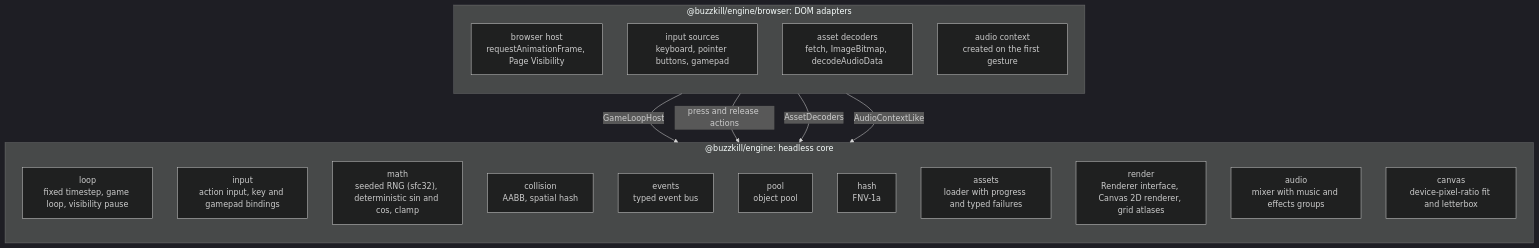
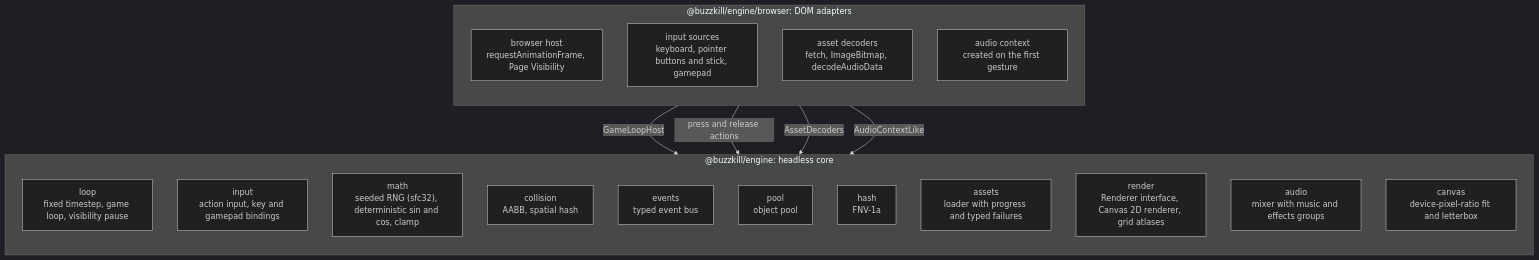
The third of 6 diagrams in docs/architecture.md (nazimajumaniyazova/buzzkill), drawn with Mermaid (dark theme) before and after one commit. The commit also changed other lines of this file and 21 other files, not shown here.

````diff
--- a/docs/architecture.md
+++ b/docs/architecture.md
@@ -111,30 +111,30 @@
 ```mermaid
 flowchart TB
   subgraph core["@buzzkill/engine: headless core"]
     direction TB
     loop["loop<br/>fixed timestep, game loop, visibility pause"]
     input["input<br/>action input, key and gamepad bindings"]
     math["math<br/>seeded RNG (sfc32), deterministic sin and cos, clamp"]
     collision["collision<br/>AABB, spatial hash"]
     events["events<br/>typed event bus"]
     pool["pool<br/>object pool"]
     hash["hash<br/>FNV-1a"]
     assets["assets<br/>loader with progress and typed failures"]
     render["render<br/>Renderer interface, Canvas 2D renderer, grid atlases"]
     audio["audio<br/>mixer with music and effects groups"]
     fit["canvas<br/>device-pixel-ratio fit and letterbox"]
   end
 
   subgraph adapters["@buzzkill/engine/browser: DOM adapters"]
     direction TB
     host["browser host<br/>requestAnimationFrame, Page Visibility"]
-    sources["input sources<br/>keyboard, pointer buttons, gamepad"]
+    sources["input sources<br/>keyboard, pointer buttons and stick, gamepad"]
     decoders["asset decoders<br/>fetch, ImageBitmap, decodeAudioData"]
     context["audio context<br/>created on the first gesture"]
   end
 
   host -- "GameLoopHost" --> loop
   sources -- "press and release actions" --> input
   decoders -- "AssetDecoders" --> assets
   context -- "AudioContextLike" --> audio
 ```
````
